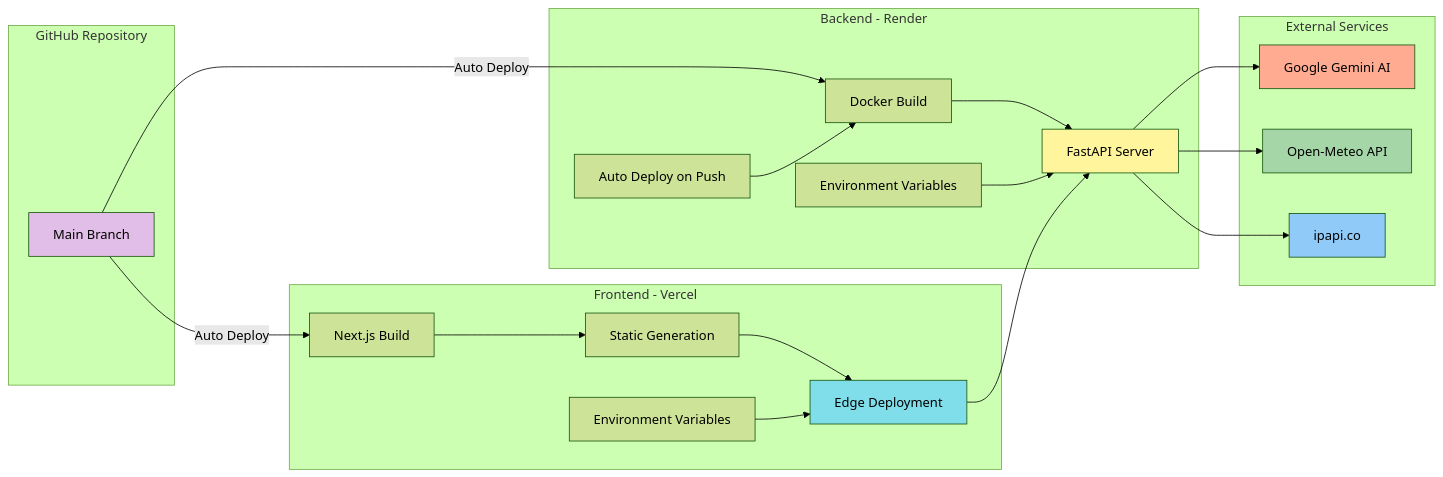
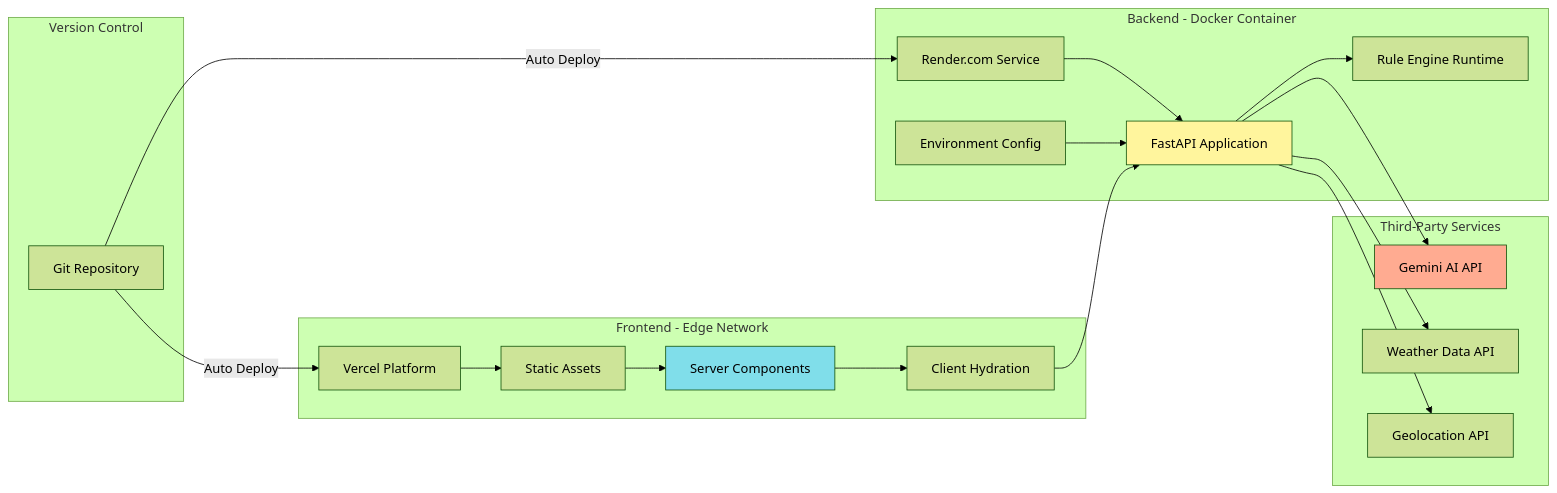
The third of 4 diagrams in README.md (Ismat-Samadov/rule_based_system), drawn with Mermaid (forest theme) before and after one commit. The commit also changed other lines of this file and 29 other files, not shown here.

````diff
--- a/README.md
+++ b/README.md
@@ -188,48 +257,44 @@
 ```mermaid
 graph LR
-    subgraph "GitHub Repository"
-        A[Main Branch]
+    subgraph "Version Control"
+        A[Git Repository]
     end
 
-    subgraph "Backend - Render"
-        B[Docker Build]
-        C[FastAPI Server]
-        D[Auto Deploy on Push]
-        E[Environment Variables]
-
-        A -->|Auto Deploy| B
-        B --> C
-        E --> C
-        D --> B
+    subgraph "Backend - Docker Container"
+        B[Render.com Service]
+        C[FastAPI Application]
+        D[Rule Engine Runtime]
+        E[Environment Config]
     end
 
-    subgraph "Frontend - Vercel"
-        F[Next.js Build]
-        G[Static Generation]
-        H[Edge Deployment]
-        I[Environment Variables]
-
-        A -->|Auto Deploy| F
-        F --> G
-        G --> H
-        I --> H
+    subgraph "Frontend - Edge Network"
+        F[Vercel Platform]
+        G[Static Assets]
+        H[Server Components]
+        I[Client Hydration]
     end
 
-    subgraph "External Services"
-        J[Google Gemini AI]
-        K[Open-Meteo API]
-        L[ipapi.co]
+    subgraph "Third-Party Services"
+        J[Gemini AI API]
+        K[Weather Data API]
+        L[Geolocation API]
     end
+
+    A -->|Auto Deploy| B
+    A -->|Auto Deploy| F
+
+    B --> C --> D
+    E --> C
+
+    F --> G --> H --> I
 
     C --> J
     C --> K
     C --> L
-    H --> C
 
-    style A fill:#e1bee7
+    I --> C
+
     style C fill:#fff59d
     style H fill:#80deea
     style J fill:#ffab91
-    style K fill:#a5d6a7
-    style L fill:#90caf9
 ```
````
